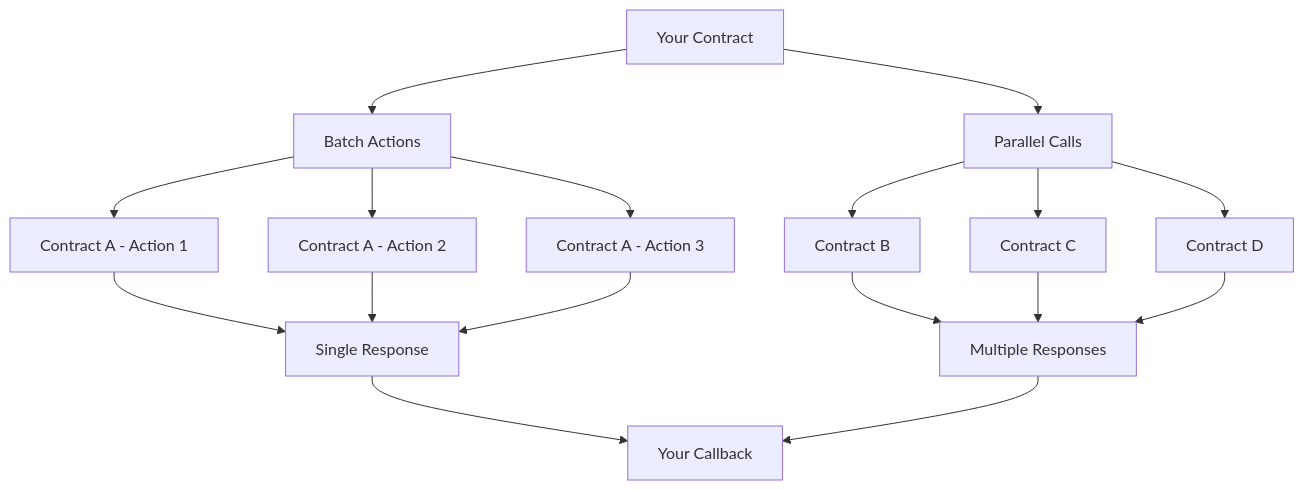
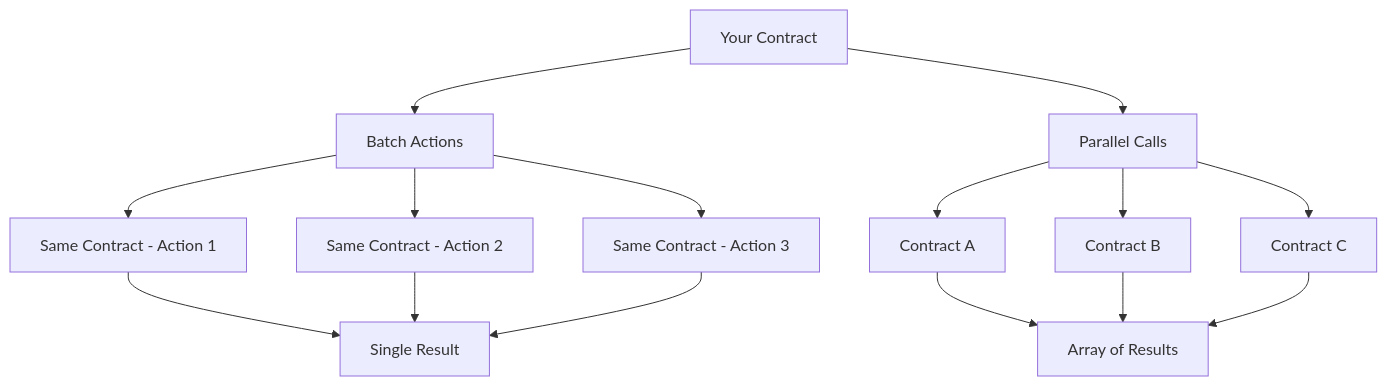
Before and after one commit to near/docs: the diagram in docs/tutorials/advanced-xcc/0-introduction.md, drawn with Mermaid. The commit also changed other lines of this file and 29 other files, not shown here.

````diff
--- a/docs/tutorials/advanced-xcc/0-introduction.md
+++ b/docs/tutorials/advanced-xcc/0-introduction.md
@@ -61,24 +44,21 @@
 ```mermaid
 graph TD
     A[Your Contract] --> B[Batch Actions]
     A --> C[Parallel Calls]
     
-    B --> D[Contract A - Action 1]
-    B --> E[Contract A - Action 2]  
-    B --> F[Contract A - Action 3]
+    B --> D[Same Contract - Action 1]
+    B --> E[Same Contract - Action 2]  
+    B --> F[Same Contract - Action 3]
     
-    C --> G[Contract B]
-    C --> H[Contract C]
-    C --> I[Contract D]
+    C --> G[Contract A]
+    C --> H[Contract B]
+    C --> I[Contract C]
     
-    D --> J[Single Response]
+    D --> J[Single Result]
     E --> J
     F --> J
     
-    G --> K[Multiple Responses]
+    G --> K[Array of Results]
     H --> K
     I --> K
-    
-    J --> L[Your Callback]
-    K --> L
 ```
````
